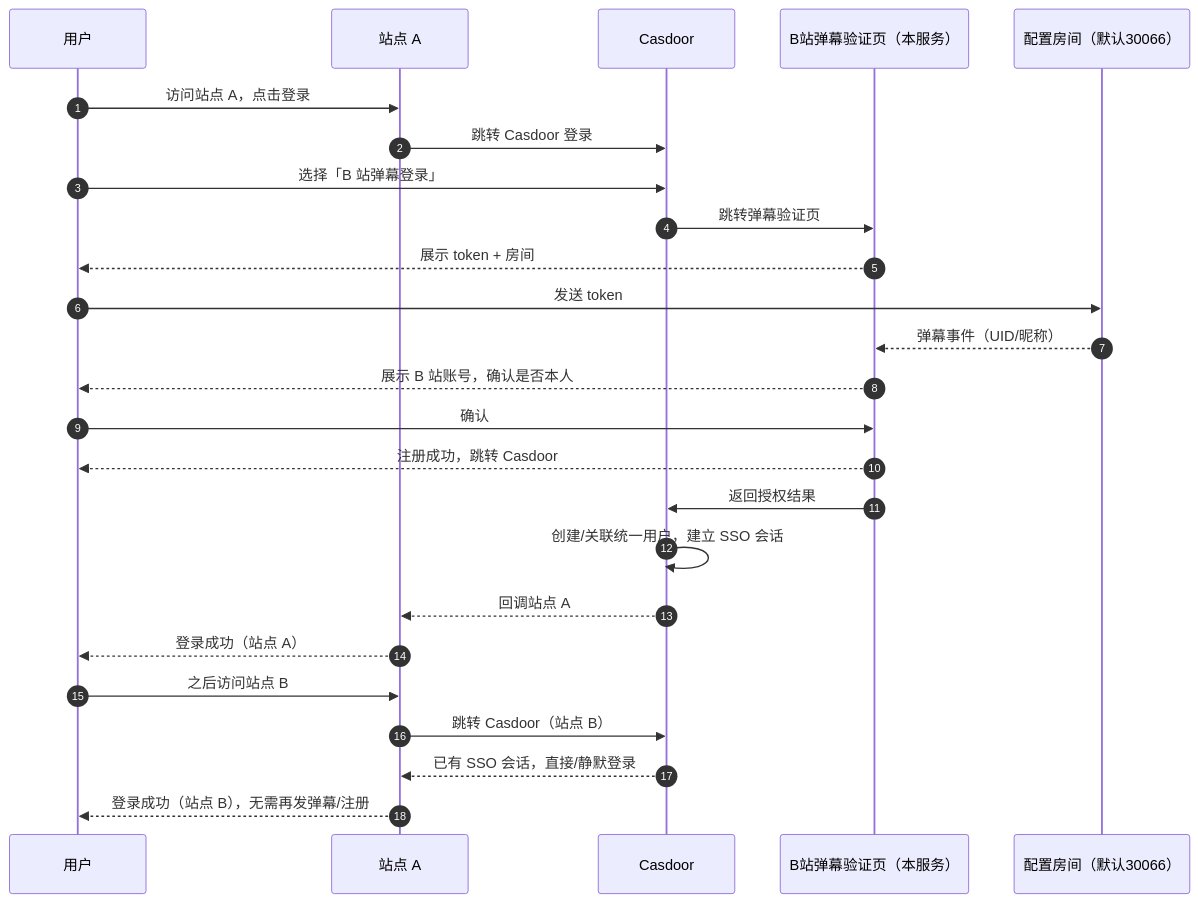
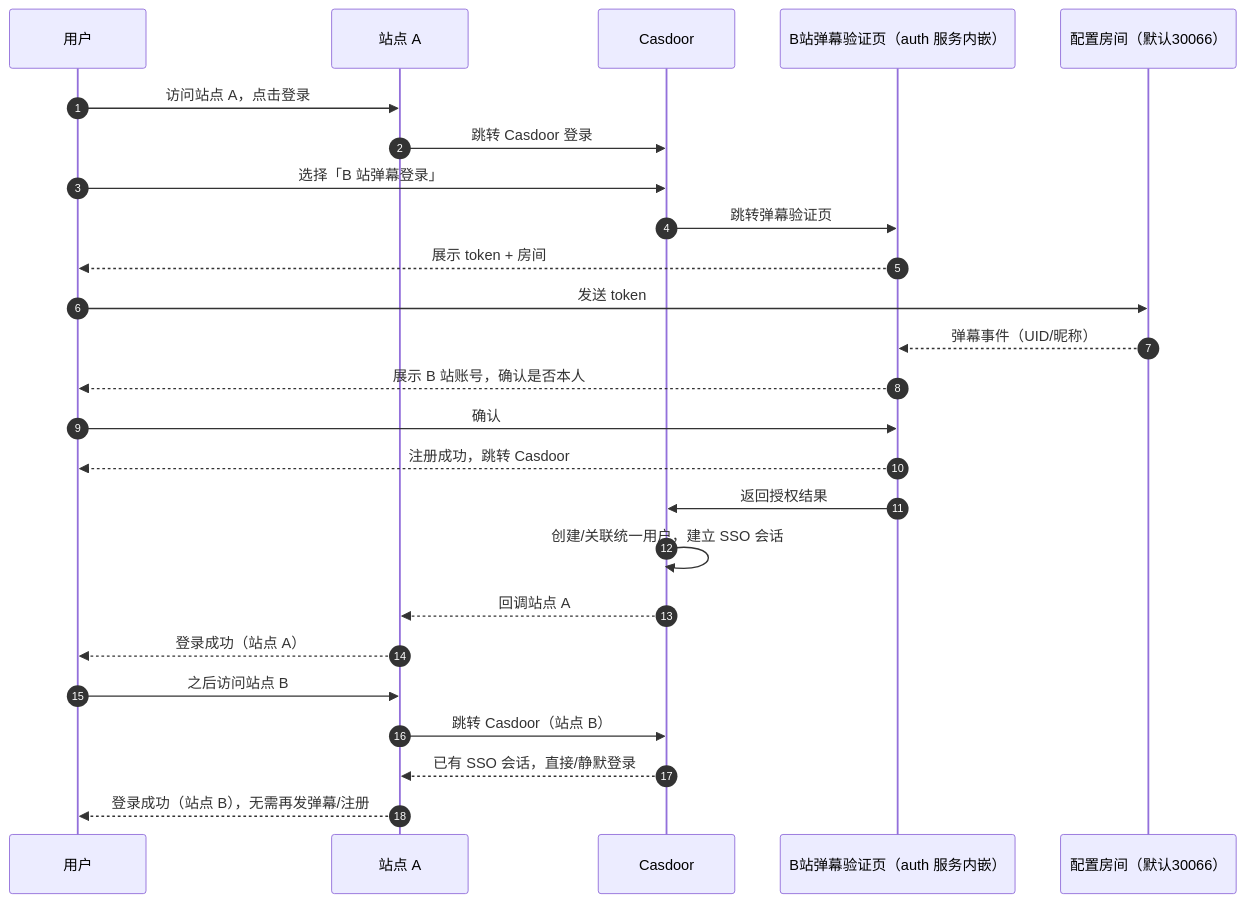
The fourth of 4 diagrams in docs/product/draft/20261119-danmaku-account-auth-prd.md (Deliay/z-vtuber), drawn with Mermaid before and after one commit. The commit also changed other lines of this file and 1 other file, not shown here.

Commit message:
docs(auth): 登录/验证页改为 auth 服务内嵌，不依赖 apps/web

````diff
--- a/docs/product/draft/20261119-danmaku-account-auth-prd.md
+++ b/docs/product/draft/20261119-danmaku-account-auth-prd.md
@@ -406,28 +410,28 @@
 ```mermaid
 sequenceDiagram
     autonumber
     participant U as 用户
     participant A as 站点 A
     participant C as Casdoor
-    participant P as B站弹幕验证页（本服务）
+    participant P as B站弹幕验证页（auth 服务内嵌）
     participant R as 配置房间（默认30066）
 
     U->>A: 访问站点 A，点击登录
     A->>C: 跳转 Casdoor 登录
     U->>C: 选择「B 站弹幕登录」
     C->>P: 跳转弹幕验证页
     P-->>U: 展示 token + 房间
     U->>R: 发送 token
     R-->>P: 弹幕事件（UID/昵称）
     P-->>U: 展示 B 站账号，确认是否本人
     U->>P: 确认
     P-->>U: 注册成功，跳转 Casdoor
     P->>C: 返回授权结果
     C->>C: 创建/关联统一用户，建立 SSO 会话
     C-->>A: 回调站点 A
     A-->>U: 登录成功（站点 A）
     U->>A: 之后访问站点 B
     A->>C: 跳转 Casdoor（站点 B）
     C-->>A: 已有 SSO 会话，直接/静默登录
     A-->>U: 登录成功（站点 B），无需再发弹幕/注册
 ```
````
